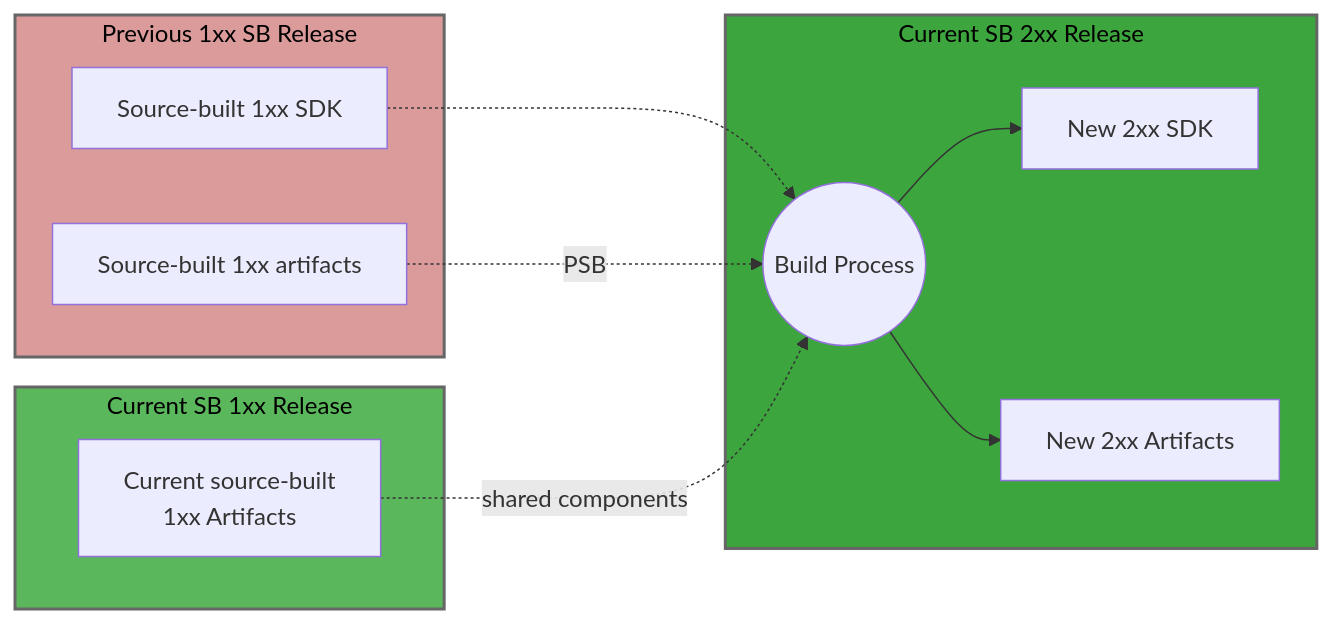
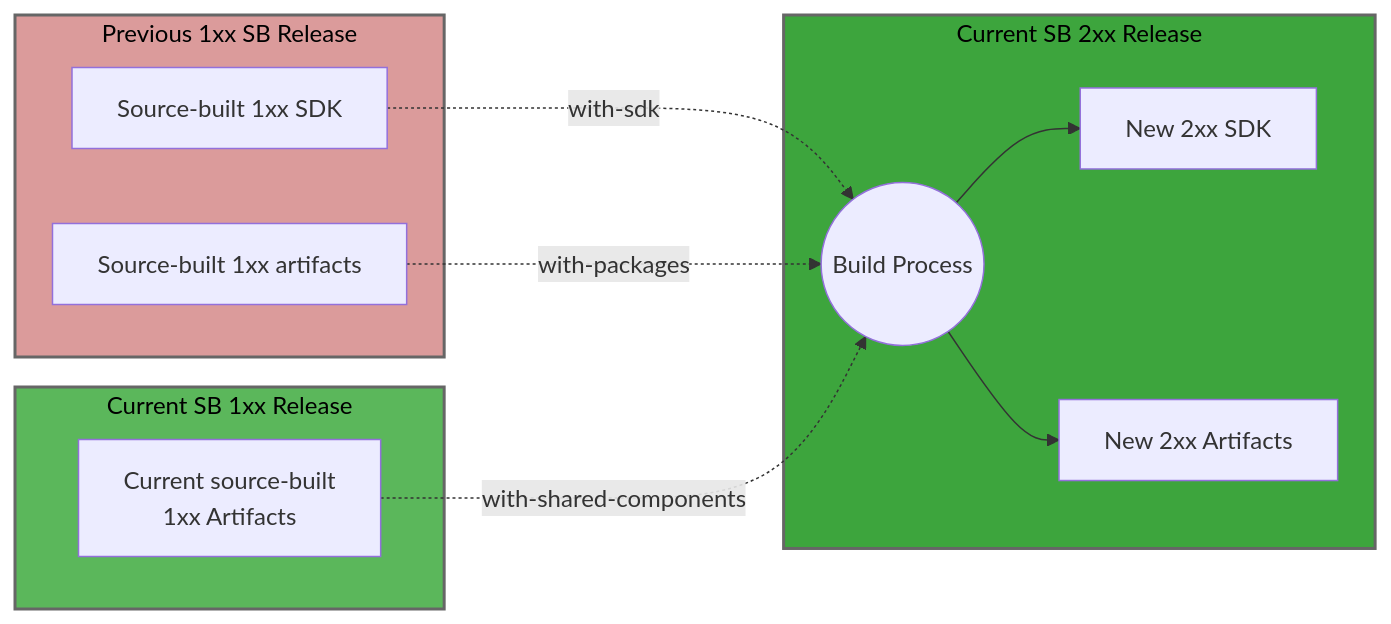
Before and after one commit to dotnet/source-build: the sixth of 11 diagrams in Documentation/feature-band-source-building.md, drawn with Mermaid. The commit also changed other lines of this file, not shown here.

Commit message:
Update diagram labels to match build script parameters

````diff
--- a/Documentation/feature-band-source-building.md
+++ b/Documentation/feature-band-source-building.md
@@ -434,30 +434,30 @@
 ```mermaid
 flowchart LR
     subgraph SBPrev["Previous 1xx SB Release"]
         Prev_1xx_SDK[Source-built 1xx SDK]
         Prev_1xx_Art[Source-built 1xx artifacts]
     end
     
     subgraph SBCurrent1xx["Current SB 1xx Release"]
         Curr_1xx_Art[Current source-built<br/>1xx Artifacts]
     end
     
     subgraph SBCurrent2xx["Current SB 2xx Release"]
         Build((Build Process))
         SDK_2xx[New 2xx SDK]
         Art_2xx[New 2xx Artifacts]
 
-        Prev_1xx_SDK -.-> Build
-        Prev_1xx_Art -.->|PSB| Build
-        Curr_1xx_Art -.->|shared components| Build
+        Prev_1xx_SDK -.->|with-sdk| Build
+        Prev_1xx_Art -.->|with-packages| Build
+        Curr_1xx_Art -.->|with-shared-components| Build
         Build --> SDK_2xx
         Build --> Art_2xx
     end
     
     classDef prev1xx fill:#db9b9b,stroke:#666,stroke-width:2px,color:#000
     classDef curr1xx fill:#5bb75b,stroke:#666,stroke-width:2px,color:#000
     classDef curr2xx fill:#3da53d,stroke:#666,stroke-width:2px,color:#000
     class SBPrev prev1xx
     class SBCurrent1xx curr1xx
     class SBCurrent2xx curr2xx
 ```
````
